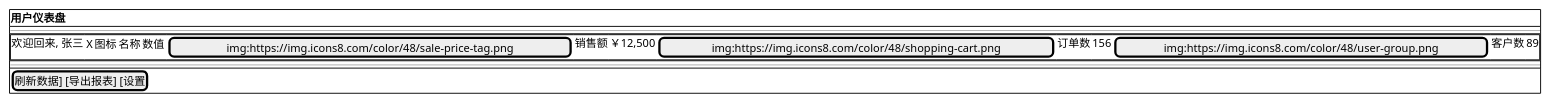
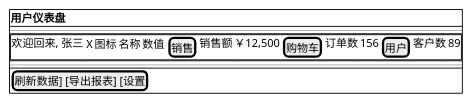
Diagram 19 of 29 in docs/examples/plantuml-examples.md (agelaia521/md-preview), drawn with PlantUML before and after one commit. The commit also changed other lines of this file, not shown here.

First line of the commit message:
fix: 修复多个 PlantUML 图表语法问题

````diff
--- a/docs/examples/plantuml-examples.md
+++ b/docs/examples/plantuml-examples.md
@@ -1440,20 +1283,19 @@
 ```plantuml
-@startuml
-salt
+@startsalt
 {
     {#
         <b>用户仪表盘</b>
         --
         {+
             | 欢迎回来, 张三 |
             {X|图标|名称|数值}|
-            | [img:https://img.icons8.com/color/48/sale-price-tag.png]|销售额|￥12,500|
-            | [img:https://img.icons8.com/color/48/shopping-cart.png]|订单数|156|
-            | [img:https://img.icons8.com/color/48/user-group.png]|客户数|89|
+            | [销售]|销售额|￥12,500|
+            | [购物车]|订单数|156|
+            | [用户]|客户数|89|
         }
         --
         [刷新数据] [导出报表] [设置]
     }
 }
-@enduml
+@endsalt
 ```
````
